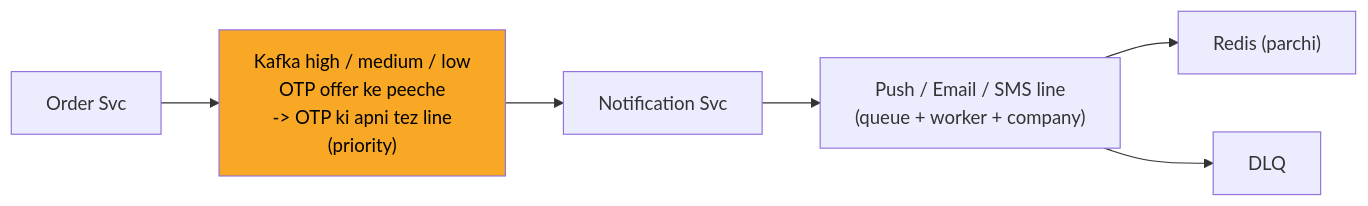
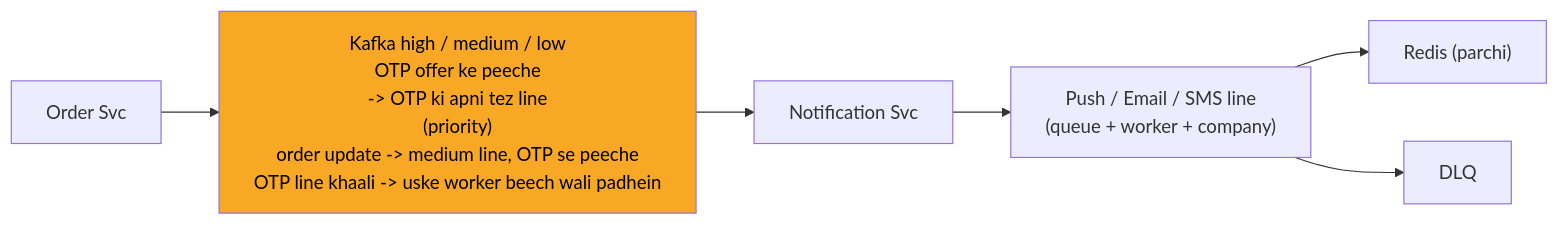
Before and after one commit to ArpanMaheshwari144/Prep: the eighth of 13 diagrams in 04_HLD/SYSTEM_DESIGNS/04_notification_system/04_notification_system.md, drawn with Mermaid. The commit also changed other lines of this file and 12 other files, not shown here.

Commit message:
hld 02-14: peele dabbe me SAFAR ke mod + diagram chauda (wrappingWidth 450)

````diff
--- a/04_HLD/SYSTEM_DESIGNS/04_notification_system/04_notification_system.md
+++ b/04_HLD/SYSTEM_DESIGNS/04_notification_system/04_notification_system.md
@@ -330,15 +337,16 @@
 ```mermaid
+%%{init: {"flowchart": {"wrappingWidth": 450}}}%%
 flowchart LR
     n_Order_Svc["Order Svc"]
-    n_Kafka["Kafka high / medium / low<br/>OTP offer ke peeche<br/>-> OTP ki apni tez line<br/>(priority)"]
+    n_Kafka["Kafka high / medium / low<br/>OTP offer ke peeche<br/>-> OTP ki apni tez line<br/>(priority)<br/>order update -> medium line, OTP se peeche<br/>OTP line khaali -> uske worker beech wali padhein"]
     n_Notification_Svc["Notification Svc"]
     n_LINES["Push / Email / SMS line<br/>(queue + worker + company)"]
     n_Redis["Redis (parchi)"]
     n_DLQ["DLQ"]
     n_Order_Svc --> n_Kafka
     n_Kafka --> n_Notification_Svc
     n_Notification_Svc --> n_LINES
     n_LINES --> n_Redis
     n_LINES --> n_DLQ
     style n_Kafka fill:#f9a825,color:#000
 ```
````
